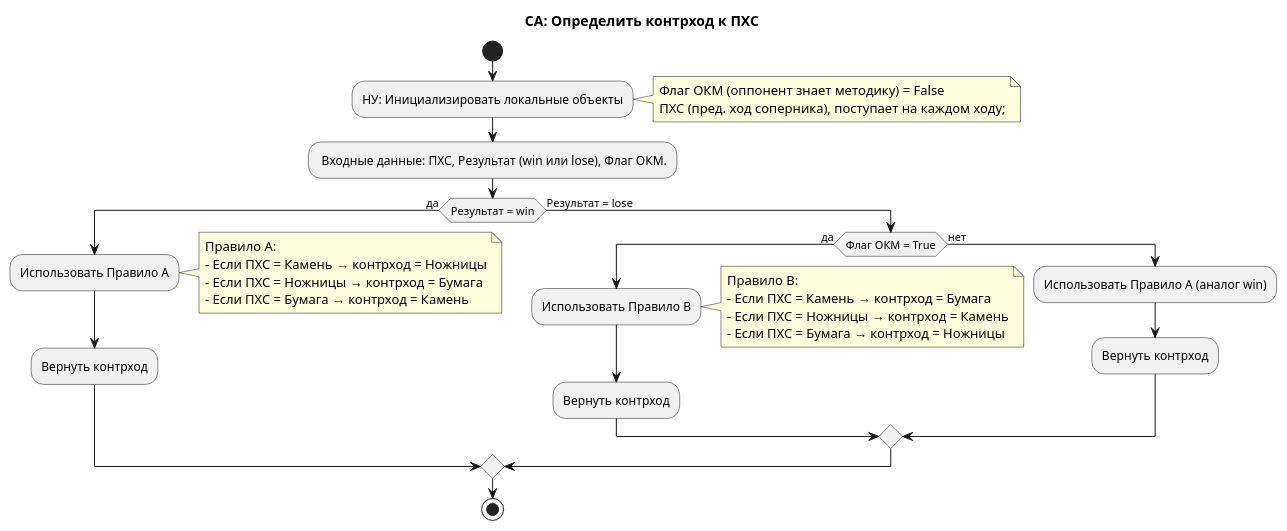
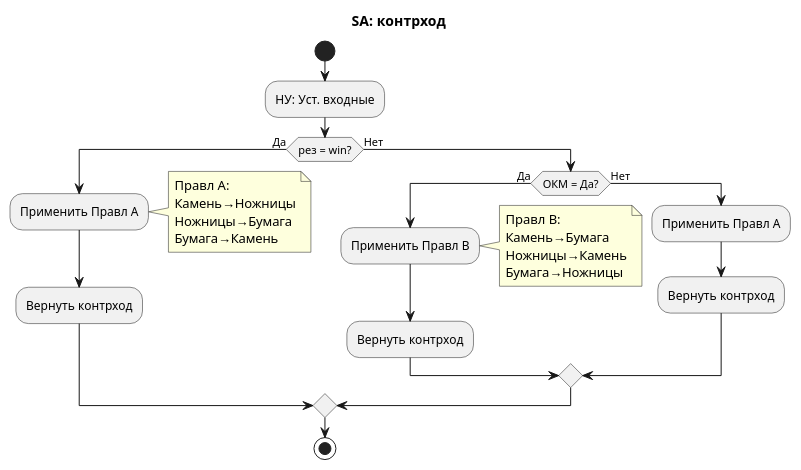
One commit to Soundflog/rps-bot-python changed the diagram in plantuml/Contrhod.puml. Above: the diagram before and after it, drawn with PlantUML.

Commit message:
СА Контрход puml

```diff
--- a/plantuml/Contrhod.puml
+++ b/plantuml/Contrhod.puml
@@ -1,35 +1,30 @@
 @startuml SA_Определить_контрход
-title СА: Определить контрход к ПХС
+title SA: контрход
 start
-:НУ: Инициализировать локальные объекты;
-note right
-    Флаг ОКМ (оппонент знает методику) = False
-    ПХС (пред. ход соперника), поступает на каждом ходу;
-end note
-  - Входные данные: ПХС, Результат (win или lose), Флаг ОКМ.
-if (Результат = win) then (да)
-  :Использовать Правило A;
+:НУ: Уст. входные;
+if (рез = win?) then (Да)
+  :Применить Правл A;
   note right
-    Правило A:
-    - Если ПХС = Камень → контрход = Ножницы
-    - Если ПХС = Ножницы → контрход = Бумага
-    - Если ПХС = Бумага → контрход = Камень
+    Правл A:
+    Камень→Ножницы
+    Ножницы→Бумага
+    Бумага→Камень
   end note
   :Вернуть контрход;
-else (Результат = lose)
-  if (Флаг ОКМ = True) then (да)
-    :Использовать Правило B;
+else (Нет)
+  if (ОКМ = Да?) then (Да)
+    :Применить Правл B;
     note right
-      Правило B:
-      - Если ПХС = Камень → контрход = Бумага
-      - Если ПХС = Ножницы → контрход = Камень
-      - Если ПХС = Бумага → контрход = Ножницы
+      Правл B:
+      Камень→Бумага
+      Ножницы→Камень
+      Бумага→Ножницы
     end note
     :Вернуть контрход;
-  else (нет)
-    :Использовать Правило A (аналог win);
+  else (Нет)
+    :Применить Правл A;
     :Вернуть контрход;
   endif
 endif
 stop
 @enduml
```
